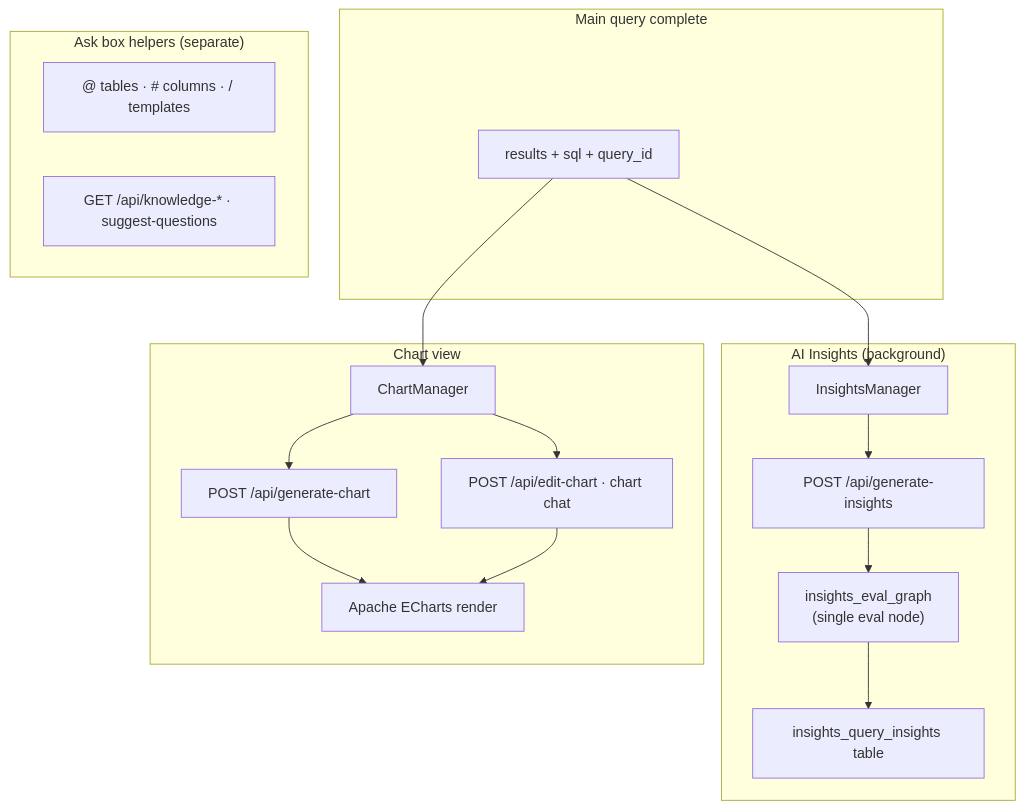
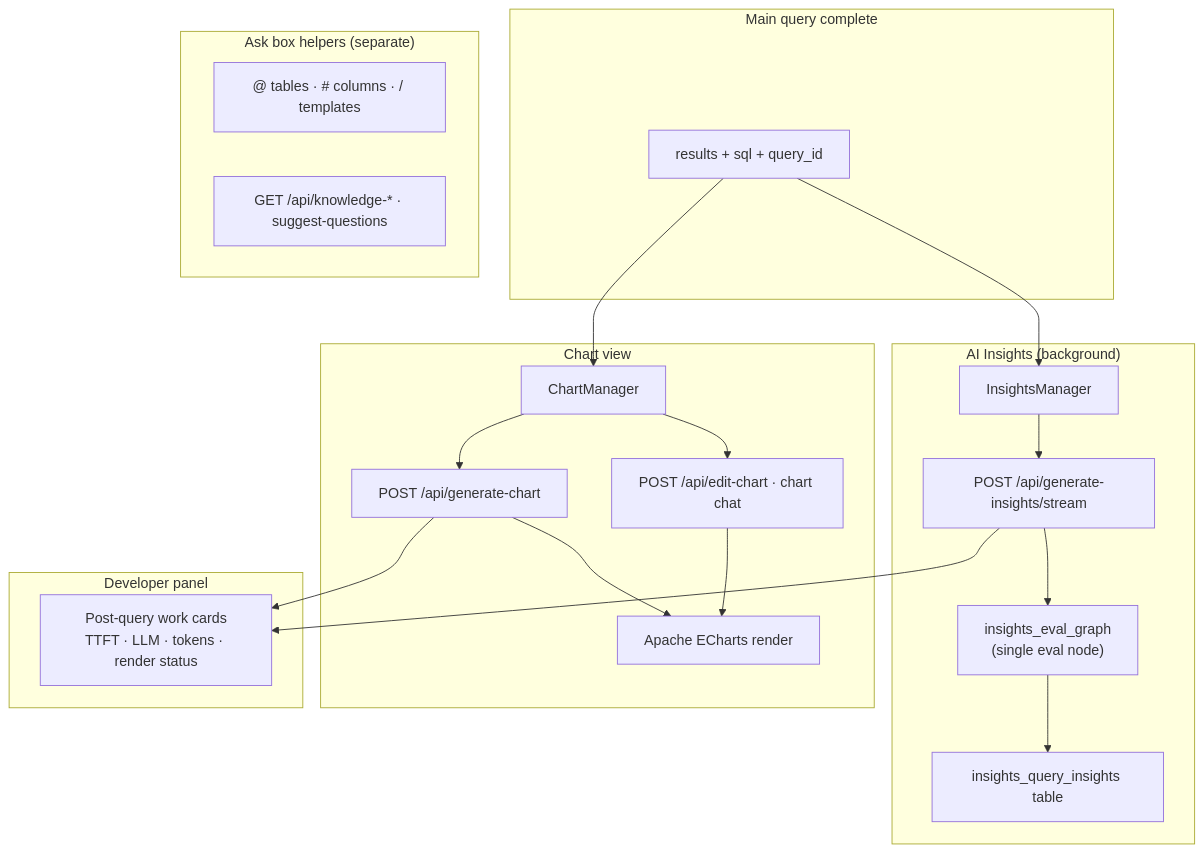
One commit to vertigo15/jeen-insight changed the eighth of 9 diagrams in docs/question-to-answer-flow.md. Above: the diagram before and after it, drawn with Mermaid. The commit also changed other lines of this file and 5 other files, not shown here.

Commit message:
feat: show post-query work in developer trace

````diff
--- a/docs/question-to-answer-flow.md
+++ b/docs/question-to-answer-flow.md
@@ -343,29 +344,35 @@
 ```mermaid
 flowchart TB
     subgraph MainDone["Main query complete"]
         RES["results + sql + query_id"]
     end
 
     subgraph Insights["AI Insights (background)"]
         IM["InsightsManager"]
-        GE["POST /api/generate-insights"]
+        GE["POST /api/generate-insights/stream"]
         EVAL["insights_eval_graph\n(single eval node)"]
         DBI["insights_query_insights table"]
     end
 
     subgraph Charts["Chart view"]
         CM["ChartManager"]
         GC["POST /api/generate-chart"]
         EC["POST /api/edit-chart · chart chat"]
         ECH["Apache ECharts render"]
     end
 
+    subgraph DevPanel["Developer panel"]
+        PQ["Post-query work cards\nTTFT · LLM · tokens · render status"]
+    end
+
     subgraph Autocomplete["Ask box helpers (separate)"]
         AC1["@ tables · # columns · / templates"]
         AC2["GET /api/knowledge-* · suggest-questions"]
     end
 
     RES --> IM --> GE --> EVAL --> DBI
     RES --> CM --> GC --> ECH
     CM --> EC --> ECH
+    GE --> PQ
+    GC --> PQ
 ```
````
